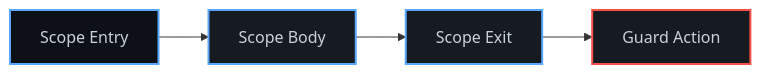
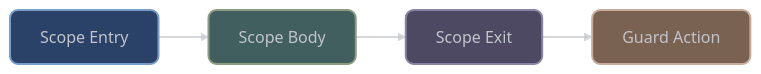
One commit to vorlac/xieite changed the second of 2 diagrams in docs/src/categories/fn/README.md. Above: the diagram before and after it, drawn with Mermaid. The commit also changed other lines of this file and 44 other files, not shown here.

````diff
--- a/docs/src/categories/fn/README.md
+++ b/docs/src/categories/fn/README.md
@@ -173,16 +227,57 @@
 ```mermaid
-graph LR
+---
+config:
+    theme: 'base'
+    curve: 'straight'
+    themeVariables:
+        darkMode: true
+        clusterBkg: '#22272f62'
+        clusterBorder: '#6a6f77ff'
+        clusterTextColor: '#6a6f77ff'
+        lineColor: '#C1C4CAAA'
+        background: '#262B33'
+        primaryColor: '#2b4268ff'
+        primaryTextColor: '#C1C4CAff'
+        primaryBorderColor: '#6a6f77ff'
+        primaryLabelBkg: '#262B33'
+        secondaryColor: '#425f5fff'
+        secondaryBorderColor: '#8c9c81ff'
+        secondaryTextColor: '#C1C4CAff'
+        tertiaryColor: '#4d4962ff'
+        tertiaryBorderColor: '#8983a5ff'
+        tertiaryTextColor: '#eeeeee55'
+        nodeTextColor: '#C1C4CA'
+        defaultLinkColor: '#C1C4CA'
+        edgeLabelBackground: '#262B33'
+        edgeLabelBorderColor: '#C1C4CAff'
+        labelTextColor: '#ffffff'
+        errorBkgColor: '#724848ff'
+        errorTextColor: '#C1C4CA'
+        flowchart:
+            curve: 'basis'
+            nodeSpacing: 50
+            rankSpacing: 50
+            subGraphTitleMargin:
+                top: 15
+                bottom: 15
+                left: 15
+                right: 15
+---
+flowchart LR
     Enter[Scope Entry]
     Body[Scope Body]
     Exit[Scope Exit]
     Guard[Guard Action]
 
     Enter --> Body
     Body --> Exit
     Exit --> Guard
 
-    style Enter fill:#0d1117,stroke:#58a6ff,stroke-width:2px,color:#c9d1d9
-    style Body fill:#161b22,stroke:#58a6ff,stroke-width:2px,color:#c9d1d9
-    style Exit fill:#161b22,stroke:#58a6ff,stroke-width:2px,color:#c9d1d9
-    style Guard fill:#161b22,stroke:#f85149,stroke-width:2px,color:#c9d1d9
+    linkStyle default stroke:#C1C4CAaa,stroke-width:2px,color:#C1C4CAaa
+
+
+    style Enter fill:#2b4268ff,stroke:#779DC9ff,stroke-width:2px,color:#C1C4CA,rx:8,ry:8
+    style Body fill:#425f5fff,stroke:#8c9c81ff,stroke-width:2px,color:#C1C4CA,rx:8,ry:8
+    style Exit fill:#4d4962ff,stroke:#8983a5ff,stroke-width:2px,color:#C1C4CA,rx:8,ry:8
+    style Guard fill:#7a6253ff,stroke:#c7ac9bff,stroke-width:2px,color:#C1C4CA,rx:8,ry:8
 ```
````
